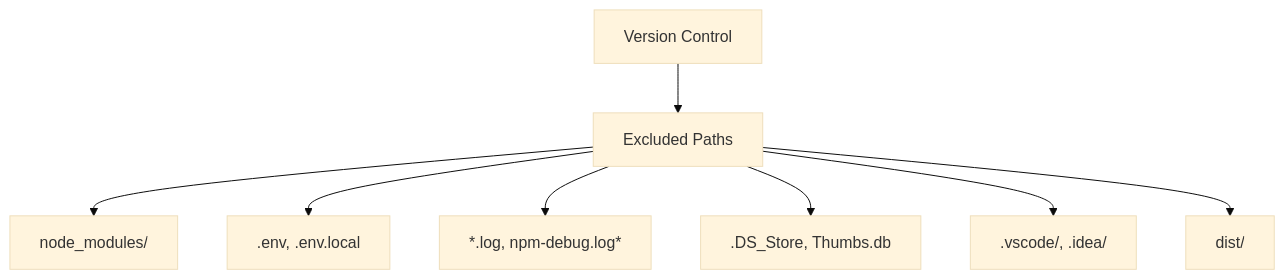
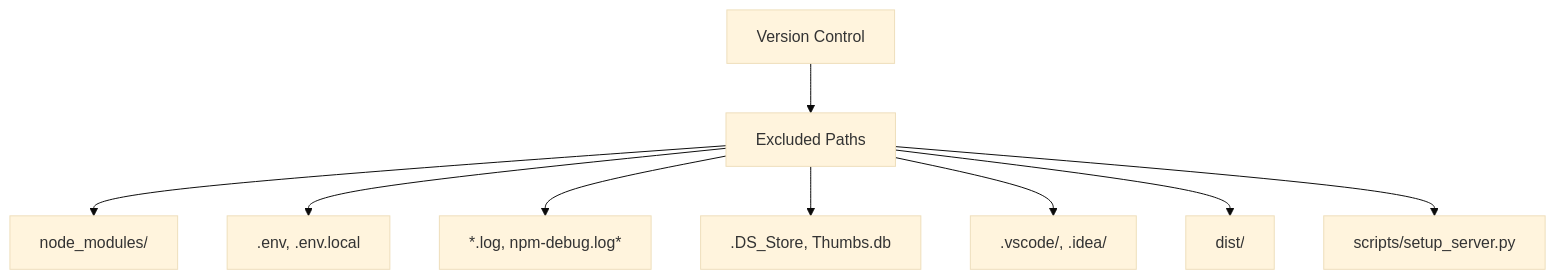
Before and after one commit to rakeshmaity271/frankie-picasso: the sixth of 8 diagrams in .qoder/repowiki/en/content/Development Tools.md, drawn with Mermaid (base theme). The commit also changed other lines of this file and 23 other files, not shown here.

````diff
--- a/.qoder/repowiki/en/content/Development Tools.md
+++ b/.qoder/repowiki/en/content/Development Tools.md
@@ -262,10 +278,11 @@
 ```mermaid
 flowchart TD
 A["Version Control"] --> B["Excluded Paths"]
 B --> C["node_modules/"]
 B --> D[".env, .env.local"]
 B --> E["*.log, npm-debug.log*"]
 B --> F[".DS_Store, Thumbs.db"]
 B --> G[".vscode/, .idea/"]
 B --> H["dist/"]
+B --> I["scripts/setup_server.py"]
 ```
````
